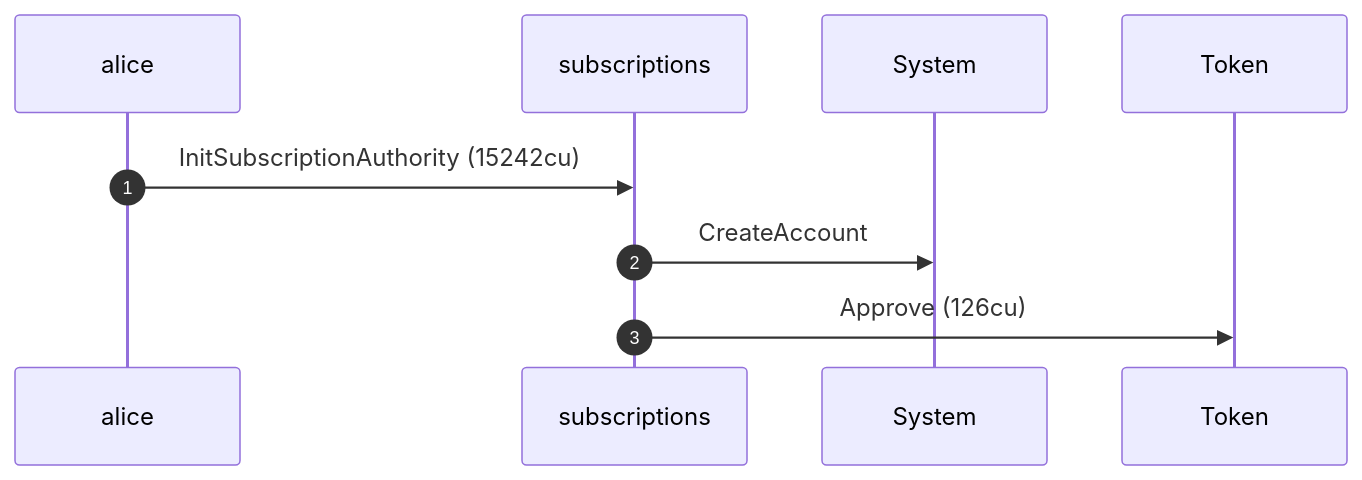
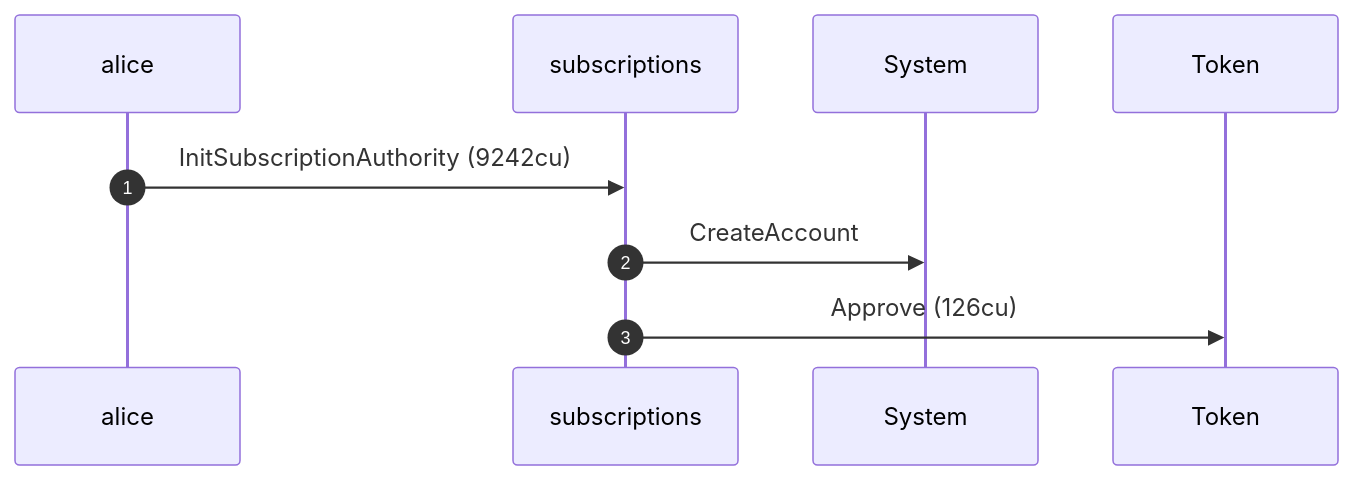
One commit to cds-rs/subscriptions changed the first of 8 diagrams in dsl_tests/transfer-subscription--a-cancelled-subscription-past-its-period-is-refused.md. Above: the diagram before and after it, drawn with Mermaid. The commit also changed other lines of this file and 224 other files, not shown here.

````diff
--- a/dsl_tests/transfer-subscription--a-cancelled-subscription-past-its-period-is-refused.md
+++ b/dsl_tests/transfer-subscription--a-cancelled-subscription-past-its-period-is-refused.md
@@ -24,11 +25,11 @@
 ```mermaid
 sequenceDiagram
     autonumber
     participant alice
     participant subscriptions
     participant System
     participant Token
-    alice ->> subscriptions: InitSubscriptionAuthority (15242cu)
+    alice ->> subscriptions: InitSubscriptionAuthority (9242cu)
     subscriptions ->> System: CreateAccount
     subscriptions ->> Token: Approve (126cu)
 ```
````
